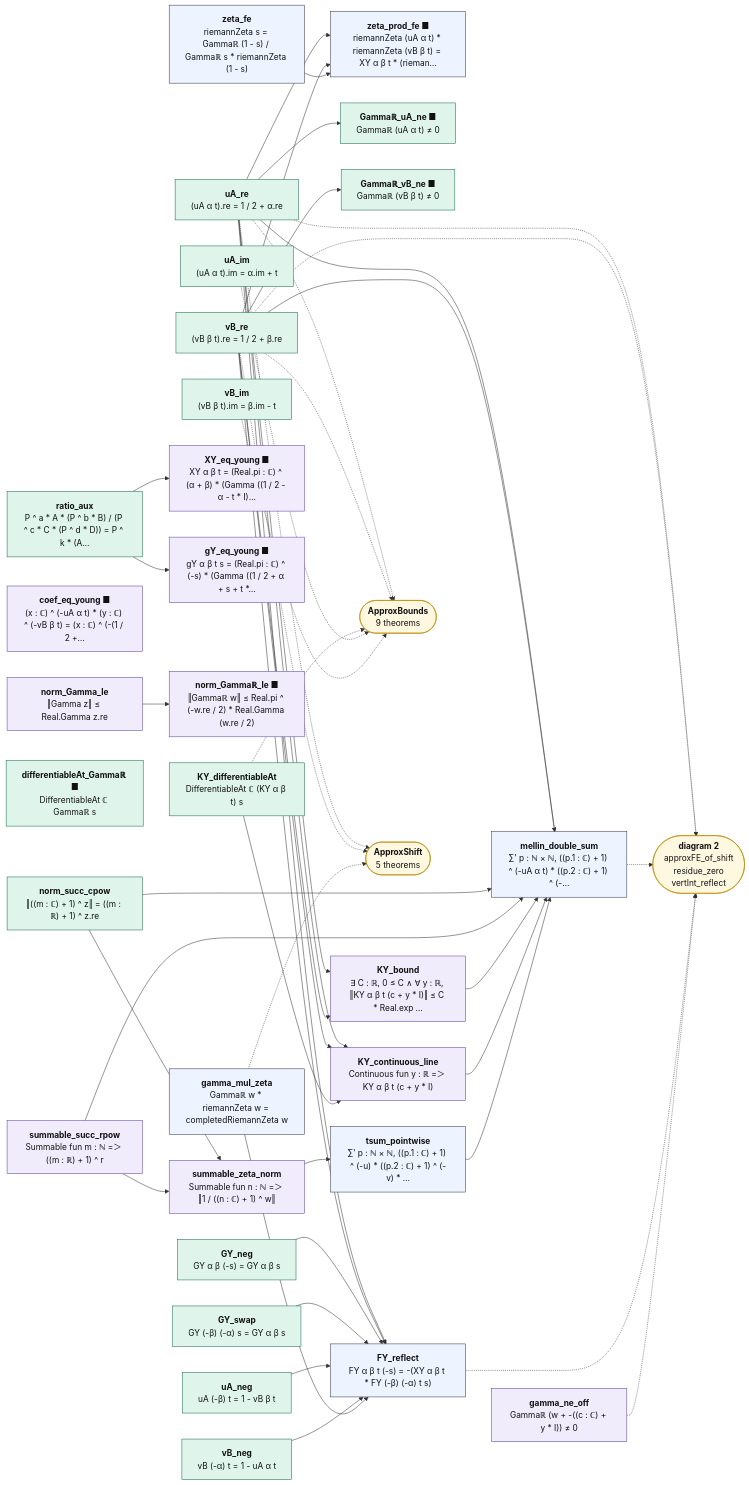
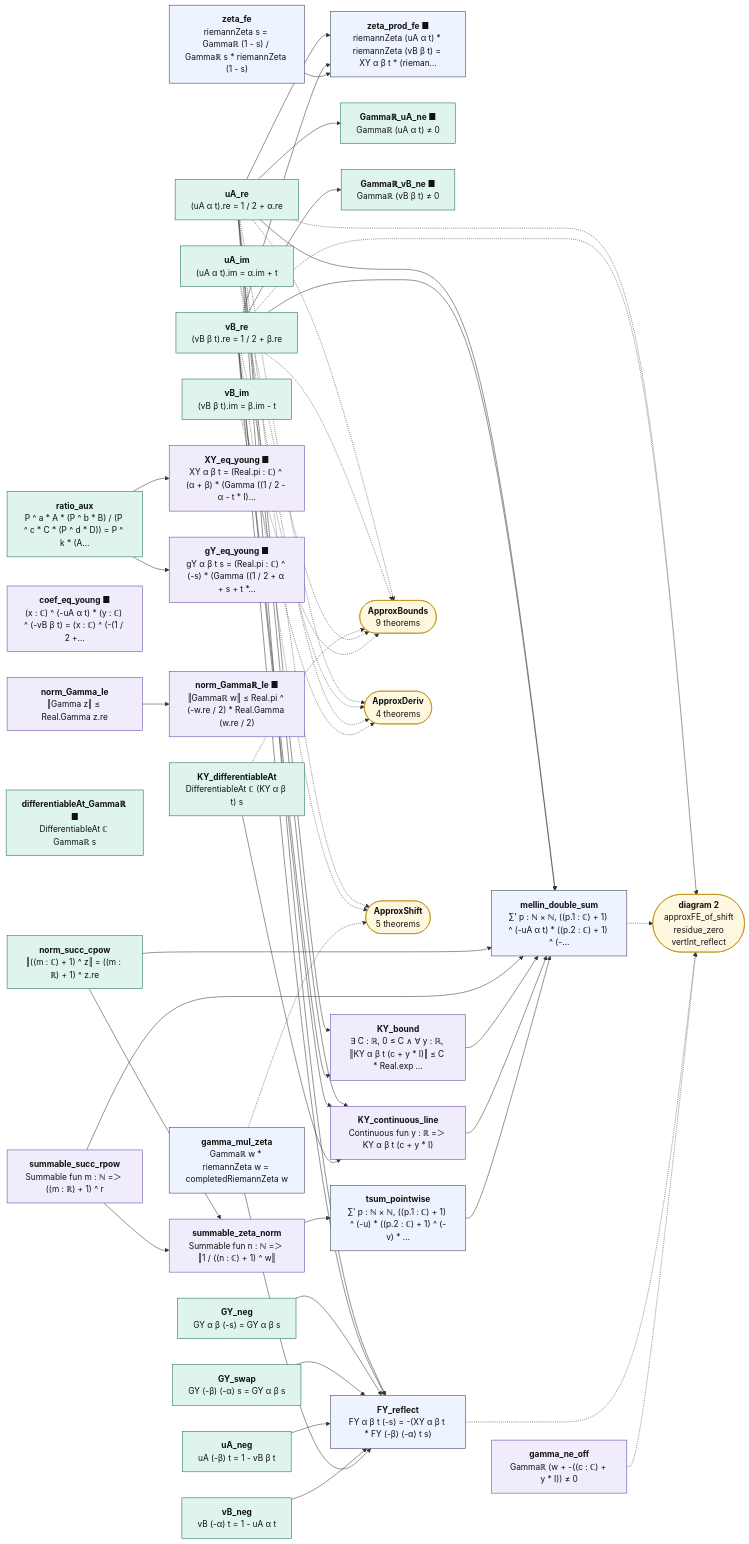
The diagram in map/lean_stage3/ApproxFE.1.mmd (juliansambranojr/Primebeat_081426), drawn with Mermaid before and after one commit. The commit also changed 18 other files, not shown here.

```diff
--- a/map/lean_stage3/ApproxFE.1.mmd
+++ b/map/lean_stage3/ApproxFE.1.mmd
@@ -1,85 +1,90 @@
 flowchart LR
   n0["<b>uA_re</b><br/>(uA α t).re = 1 / 2 + α.re"]:::cnt
   n1["<b>vB_re</b><br/>(vB β t).re = 1 / 2 + β.re"]:::cnt
   n2["<b>uA_im</b><br/>(uA α t).im = α.im + t"]:::cnt
   n3["<b>vB_im</b><br/>(vB β t).im = β.im - t"]:::cnt
   n4["<b>zeta_fe</b><br/>riemannZeta s = Gammaℝ (1 - s) / Gammaℝ s * riemannZeta (1 - s)"]:::thm
   n5["<b>zeta_prod_fe ■</b><br/>riemannZeta (uA α t) * riemannZeta (vB β t) = XY α β t * (rieman…"]:::thm
   n6["<b>Gammaℝ_uA_ne ■</b><br/>Gammaℝ (uA α t) ≠ 0"]:::cnt
   n7["<b>Gammaℝ_vB_ne ■</b><br/>Gammaℝ (vB β t) ≠ 0"]:::cnt
   n8["<b>ratio_aux</b><br/>P ^ a * A * (P ^ b * B) / (P ^ c * C * (P ^ d * D)) = P ^ k * (A…"]:::cnt
   n9["<b>XY_eq_young ■</b><br/>XY α β t = (Real.pi : ℂ) ^ (α + β) * (Gamma ((1 / 2 - α - t * I)…"]:::shp
   n10["<b>gY_eq_young ■</b><br/>gY α β t s = (Real.pi : ℂ) ^ (-s) * (Gamma ((1 / 2 + α + s + t *…"]:::shp
   n11["<b>coef_eq_young ■</b><br/>(x : ℂ) ^ (-uA α t) * (y : ℂ) ^ (-vB β t) = (x : ℂ) ^ (-(1 / 2 +…"]:::shp
   n12["<b>norm_Gamma_le</b><br/>‖Gamma z‖ ≤ Real.Gamma z.re"]:::shp
   n13["<b>norm_Gammaℝ_le ■</b><br/>‖Gammaℝ w‖ ≤ Real.pi ^ (-w.re / 2) * Real.Gamma (w.re / 2)"]:::shp
   n14["<b>differentiableAt_Gammaℝ ■</b><br/>DifferentiableAt ℂ Gammaℝ s"]:::cnt
   n15["<b>norm_succ_cpow</b><br/>‖((m : ℂ) + 1) ^ z‖ = ((m : ℝ) + 1) ^ z.re"]:::cnt
   n16["<b>summable_succ_rpow</b><br/>Summable fun m : ℕ =＞ ((m : ℝ) + 1) ^ r"]:::shp
   n17["<b>summable_zeta_norm</b><br/>Summable fun n : ℕ =＞ ‖1 / ((n : ℂ) + 1) ^ w‖"]:::shp
   n18["<b>KY_bound</b><br/>∃ C : ℝ, 0 ≤ C ∧ ∀ y : ℝ, ‖KY α β t (c + y * I)‖ ≤ C * Real.exp …"]:::shp
   n19["<b>KY_differentiableAt</b><br/>DifferentiableAt ℂ (KY α β t) s"]:::cnt
   n20["<b>KY_continuous_line</b><br/>Continuous fun y : ℝ =＞ KY α β t (c + y * I)"]:::shp
   n21["<b>tsum_pointwise</b><br/>∑' p : ℕ × ℕ, ((p.1 : ℂ) + 1) ^ (-u) * ((p.2 : ℂ) + 1) ^ (-v) * …"]:::thm
   n22["<b>mellin_double_sum</b><br/>∑' p : ℕ × ℕ, ((p.1 : ℂ) + 1) ^ (-uA α t) * ((p.2 : ℂ) + 1) ^ (-…"]:::thm
   n23["<b>GY_neg</b><br/>GY α β (-s) = GY α β s"]:::cnt
   n24["<b>GY_swap</b><br/>GY (-β) (-α) s = GY α β s"]:::cnt
   n25["<b>uA_neg</b><br/>uA (-β) t = 1 - vB β t"]:::cnt
   n26["<b>vB_neg</b><br/>vB (-α) t = 1 - uA α t"]:::cnt
   n27["<b>gamma_mul_zeta</b><br/>Gammaℝ w * riemannZeta w = completedRiemannZeta w"]:::thm
   n28["<b>FY_reflect</b><br/>FY α β t (-s) = -(XY α β t * FY (-β) (-α) t s)"]:::thm
   n29["<b>gamma_ne_off</b><br/>Gammaℝ (w + -((c : ℂ) + y * I)) ≠ 0"]:::shp
   x0(["<b>ApproxBounds</b><br/>9 theorems"]):::ext
-  x1(["<b>diagram 2</b><br/>approxFE_of_shift<br/>residue_zero<br/>vertInt_reflect"]):::ext
-  x2(["<b>ApproxShift</b><br/>5 theorems"]):::ext
+  x1(["<b>ApproxDeriv</b><br/>4 theorems"]):::ext
+  x2(["<b>diagram 2</b><br/>approxFE_of_shift<br/>residue_zero<br/>vertInt_reflect"]):::ext
+  x3(["<b>ApproxShift</b><br/>5 theorems"]):::ext
   n0 --> n18
   n0 --> n20
   n0 --> n22
   n0 --> n28
   n0 --> n5
   n0 --> n6
   n1 --> n18
   n1 --> n20
   n1 --> n22
   n1 --> n28
   n1 --> n5
   n1 --> n7
   n12 --> n13
   n15 --> n17
   n15 --> n22
   n16 --> n17
   n16 --> n22
   n17 --> n21
   n18 --> n22
   n19 --> n20
   n20 --> n22
   n21 --> n22
   n23 --> n28
   n24 --> n28
   n25 --> n28
   n26 --> n28
   n27 --> n28
   n4 --> n5
   n8 --> n10
   n8 --> n9
   n0 -.-> x0
   n0 -.-> x1
   n0 -.-> x2
+  n0 -.-> x3
   n1 -.-> x0
   n1 -.-> x1
   n1 -.-> x2
+  n1 -.-> x3
   n19 -.-> x0
   n2 -.-> x0
-  n22 -.-> x1
-  n27 -.-> x2
-  n28 -.-> x1
-  n29 -.-> x1
+  n2 -.-> x1
+  n22 -.-> x2
+  n27 -.-> x3
+  n28 -.-> x2
+  n29 -.-> x2
   n3 -.-> x0
+  n3 -.-> x1
   classDef cnt fill:#dff5ec,stroke:#17694a,color:#111
   classDef shp fill:#f1ecfb,stroke:#5b3fa0,color:#111
   classDef rh fill:#ffe5e5,stroke:#c22,color:#111,stroke-width:2px
   classDef thm fill:#eef4ff,stroke:#335,color:#111
   classDef end_ fill:#e7f7e7,stroke:#2a7,color:#111,stroke-width:2px
   classDef lone fill:#fff,stroke:#999,color:#111,stroke-dasharray:4 3
   classDef bad fill:#ffe5e5,stroke:#c22,color:#111,stroke-width:2px
   classDef ext fill:#fff8e1,stroke:#b80,color:#111
```
